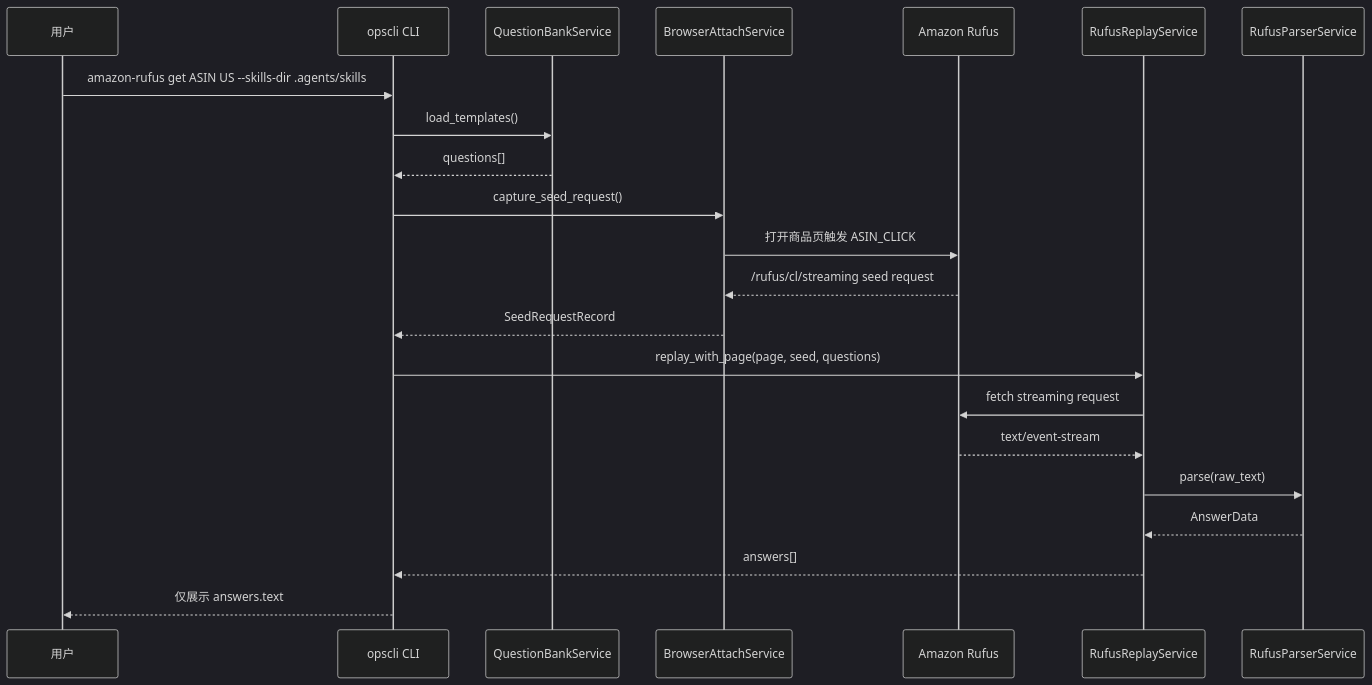
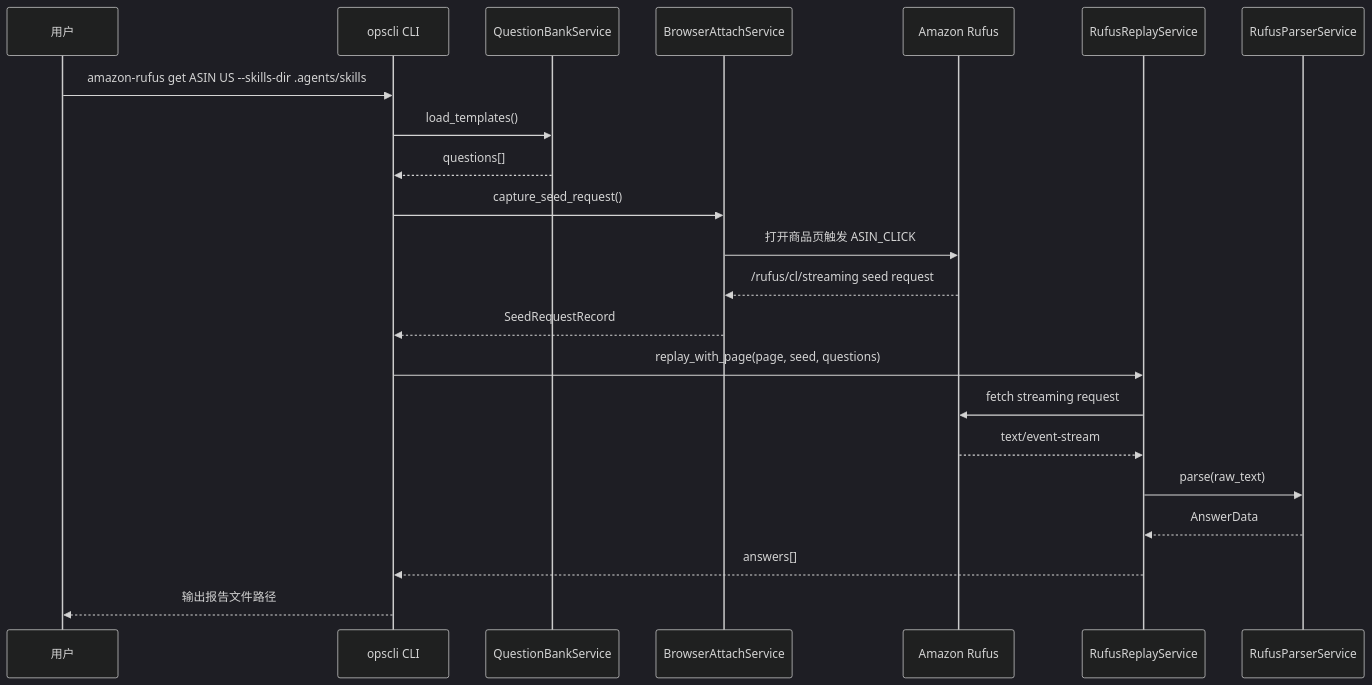
The second of 2 diagrams in opscli/skills/templates/ops-amazon-rufus/README.md (pengjianchao250/open-opscli), drawn with Mermaid (dark theme) before and after one commit. The commit also changed other lines of this file and 19 other files, not shown here.

````diff
--- a/opscli/skills/templates/ops-amazon-rufus/README.md
+++ b/opscli/skills/templates/ops-amazon-rufus/README.md
@@ -85,25 +119,25 @@
 ```mermaid
 sequenceDiagram
     participant User as 用户
     participant CLI as opscli CLI
     participant Bank as QuestionBankService
     participant Browser as BrowserAttachService
     participant Rufus as Amazon Rufus
     participant Replay as RufusReplayService
     participant Parser as RufusParserService
 
     User->>CLI: amazon-rufus get ASIN US --skills-dir .agents/skills
     CLI->>Bank: load_templates()
     Bank-->>CLI: questions[]
     CLI->>Browser: capture_seed_request()
     Browser->>Rufus: 打开商品页触发 ASIN_CLICK
     Rufus-->>Browser: /rufus/cl/streaming seed request
     Browser-->>CLI: SeedRequestRecord
     CLI->>Replay: replay_with_page(page, seed, questions)
     Replay->>Rufus: fetch streaming request
     Rufus-->>Replay: text/event-stream
     Replay->>Parser: parse(raw_text)
     Parser-->>Replay: AnswerData
     Replay-->>CLI: answers[]
-    CLI-->>User: 仅展示 answers.text
+    CLI-->>User: 输出报告文件路径
 ```
````
